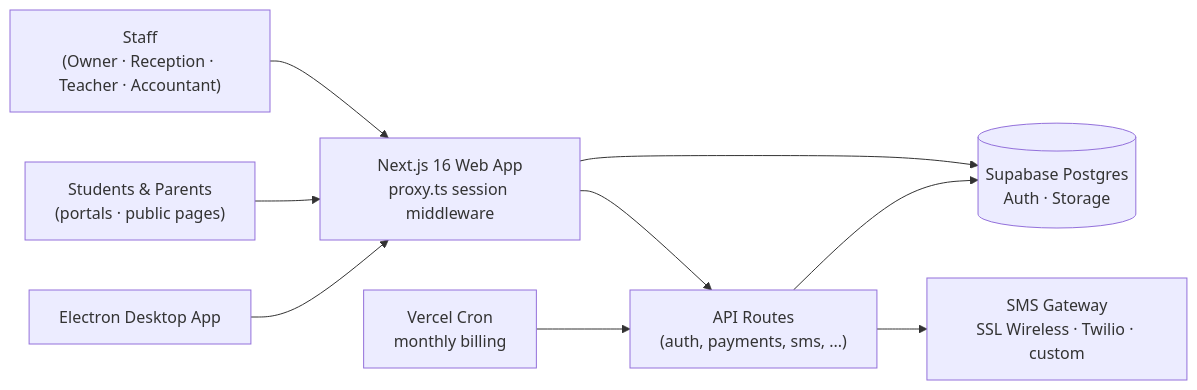
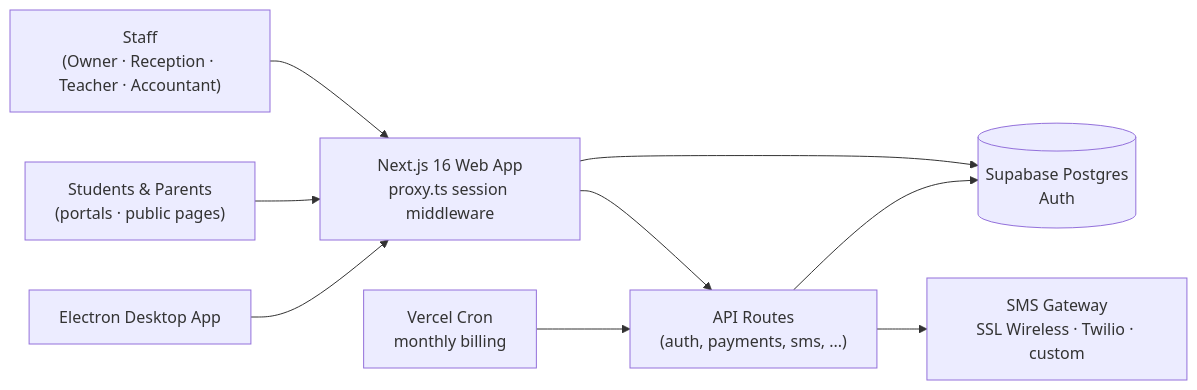
The diagram in README.md (asikr048/Coching-Management-software), drawn with Mermaid before and after one commit. The commit also changed other lines of this file, not shown here.

````diff
--- a/README.md
+++ b/README.md
@@ -124,12 +124,12 @@
 ```mermaid
 flowchart LR
     U["Staff<br/>(Owner · Reception · Teacher · Accountant)"] --> W
     P["Students &amp; Parents<br/>(portals · public pages)"] --> W
 
     W["Next.js 16 Web App<br/>proxy.ts session middleware"] --> A["API Routes<br/>(auth, payments, sms, ...)"]
-    W --> DB[("Supabase Postgres<br/>Auth · Storage")]
+    W --> DB[("Supabase Postgres<br/>Auth")]
     A --> DB
     A --> SMS["SMS Gateway<br/>SSL Wireless · Twilio · custom"]
     CRON["Vercel Cron<br/>monthly billing"] --> A
     D["Electron Desktop App"] --> W
 ```
````
